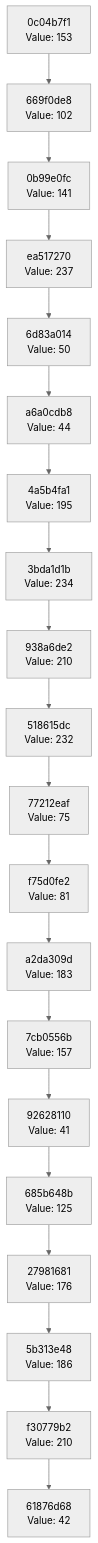
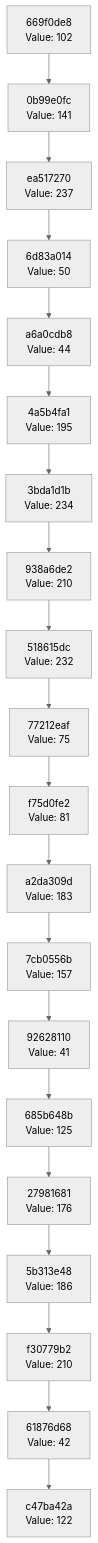
One commit to Abhisheksinha1506/hash-chain-evolver changed the diagram in docs/CHAIN_VISUALIZATION.md. Above: the diagram before and after it, drawn with Mermaid (neutral theme). The commit also changed 3 other files, not shown here.

````diff
--- a/docs/CHAIN_VISUALIZATION.md
+++ b/docs/CHAIN_VISUALIZATION.md
@@ -3,42 +3,42 @@
 ```mermaid
 graph TD
-    C0["61876d68<br/>Value: 42"]
-    C1["f30779b2<br/>Value: 210"]
+    C0["c47ba42a<br/>Value: 122"]
+    C1["61876d68<br/>Value: 42"]
     C1 --> C0
-    C2["5b313e48<br/>Value: 186"]
+    C2["f30779b2<br/>Value: 210"]
     C2 --> C1
-    C3["27981681<br/>Value: 176"]
+    C3["5b313e48<br/>Value: 186"]
     C3 --> C2
-    C4["685b648b<br/>Value: 125"]
+    C4["27981681<br/>Value: 176"]
     C4 --> C3
-    C5["92628110<br/>Value: 41"]
+    C5["685b648b<br/>Value: 125"]
     C5 --> C4
-    C6["7cb0556b<br/>Value: 157"]
+    C6["92628110<br/>Value: 41"]
     C6 --> C5
-    C7["a2da309d<br/>Value: 183"]
+    C7["7cb0556b<br/>Value: 157"]
     C7 --> C6
-    C8["f75d0fe2<br/>Value: 81"]
+    C8["a2da309d<br/>Value: 183"]
     C8 --> C7
-    C9["77212eaf<br/>Value: 75"]
+    C9["f75d0fe2<br/>Value: 81"]
     C9 --> C8
-    C10["518615dc<br/>Value: 232"]
+    C10["77212eaf<br/>Value: 75"]
     C10 --> C9
-    C11["938a6de2<br/>Value: 210"]
+    C11["518615dc<br/>Value: 232"]
     C11 --> C10
-    C12["3bda1d1b<br/>Value: 234"]
+    C12["938a6de2<br/>Value: 210"]
     C12 --> C11
-    C13["4a5b4fa1<br/>Value: 195"]
+    C13["3bda1d1b<br/>Value: 234"]
     C13 --> C12
-    C14["a6a0cdb8<br/>Value: 44"]
+    C14["4a5b4fa1<br/>Value: 195"]
     C14 --> C13
-    C15["6d83a014<br/>Value: 50"]
+    C15["a6a0cdb8<br/>Value: 44"]
     C15 --> C14
-    C16["ea517270<br/>Value: 237"]
+    C16["6d83a014<br/>Value: 50"]
     C16 --> C15
-    C17["0b99e0fc<br/>Value: 141"]
+    C17["ea517270<br/>Value: 237"]
     C17 --> C16
-    C18["669f0de8<br/>Value: 102"]
+    C18["0b99e0fc<br/>Value: 141"]
     C18 --> C17
-    C19["0c04b7f1<br/>Value: 153"]
+    C19["669f0de8<br/>Value: 102"]
     C19 --> C18
 ```
````
